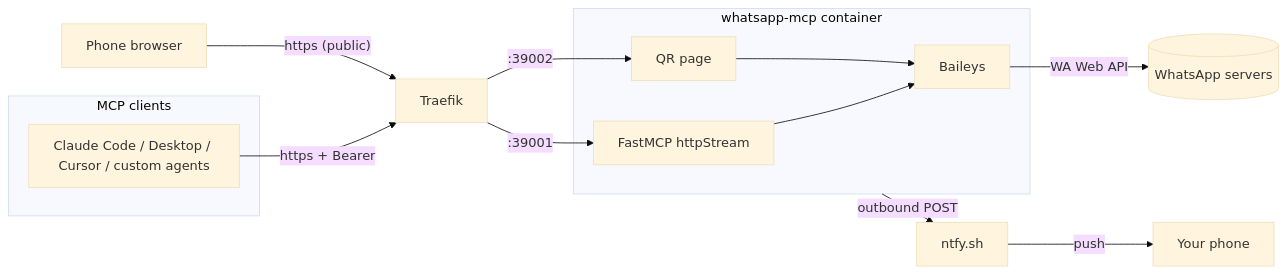
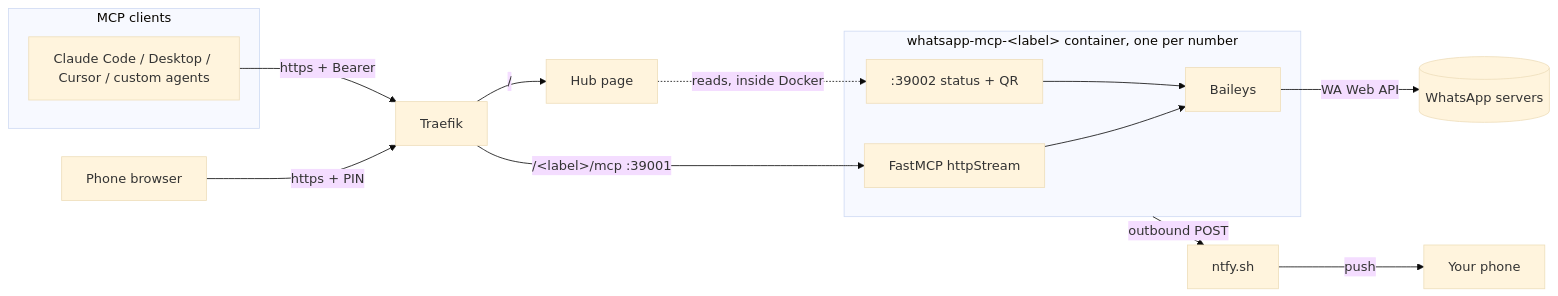
One commit to eusoubrasileiro/whatsapp-mcp changed the diagram in README.md. Above: the diagram before and after it, drawn with Mermaid (base theme). The commit also changed other lines of this file and 11 other files, not shown here.

First line of the commit message:
docs: one host, one store per number, hub with PIN

````diff
--- a/README.md
+++ b/README.md
@@ -23,20 +24,21 @@
 ```mermaid
 flowchart LR
   subgraph clients[MCP clients]
     CC[Claude Code / Desktop / Cursor / custom agents]
   end
   PB[Phone browser]
   CC -- "https + Bearer" --> T[Traefik]
-  PB -- "https (public)" --> T
-  T -- ":39001" --> MCP[FastMCP httpStream]
-  T -- ":39002" --> QR[QR page]
-  subgraph container[whatsapp-mcp container]
+  PB -- "https + PIN" --> T
+  T -- "/" --> HUB[Hub page]
+  T -- "/&lt;label&gt;/mcp :39001" --> MCP[FastMCP httpStream]
+  subgraph container[whatsapp-mcp-&lt;label&gt; container, one per number]
     MCP
-    QR
+    ST[":39002 status + QR"]
     BA[Baileys]
   end
+  HUB -. "reads, inside Docker" .-> ST
   MCP --> BA
-  QR --> BA
+  ST --> BA
   BA -- "WA Web API" --> WA[(WhatsApp servers)]
   container -- "outbound POST" --> NT[ntfy.sh] -- push --> PH[Your phone]
 ```
````
